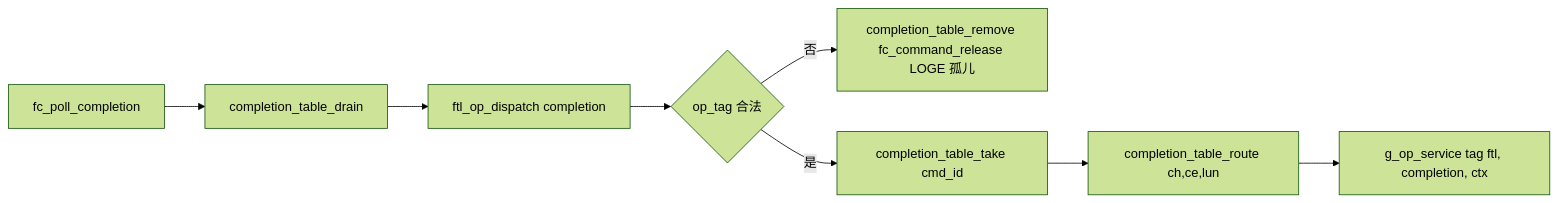
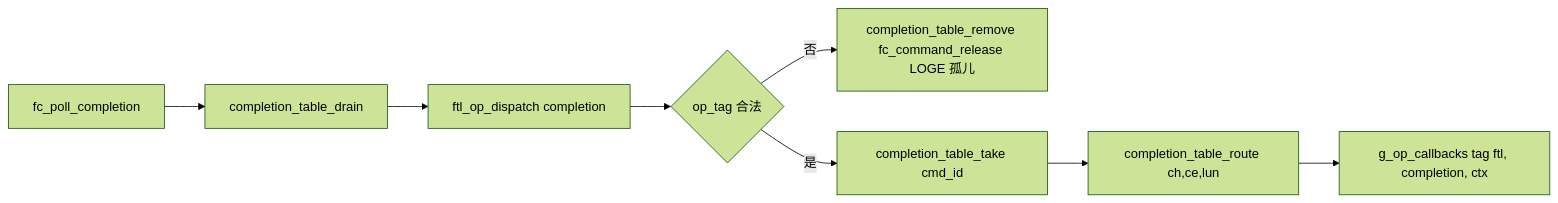
One commit to YzYMIAO/BASESSD changed diagram 18 of 32 in docs/design/ftl_design.md. Above: the diagram before and after it, drawn with Mermaid (forest theme). The commit also changed other lines of this file and 46 other files, not shown here.

````diff
--- a/docs/design/ftl_design.md
+++ b/docs/design/ftl_design.md
@@ -2703,10 +2703,10 @@
 ```mermaid
 flowchart LR
     A["fc_poll_completion"] --> B["completion_table_drain"]
     B --> C["ftl_op_dispatch completion"]
     C --> D{"op_tag 合法"}
     D -- "否" --> E["completion_table_remove fc_command_release LOGE 孤儿"]
     D -- "是" --> F["completion_table_take cmd_id"]
     F --> G["completion_table_route ch,ce,lun"]
-    G --> H["g_op_service tag ftl, completion, ctx"]
+    G --> H["g_op_callbacks tag ftl, completion, ctx"]
 ```
````
